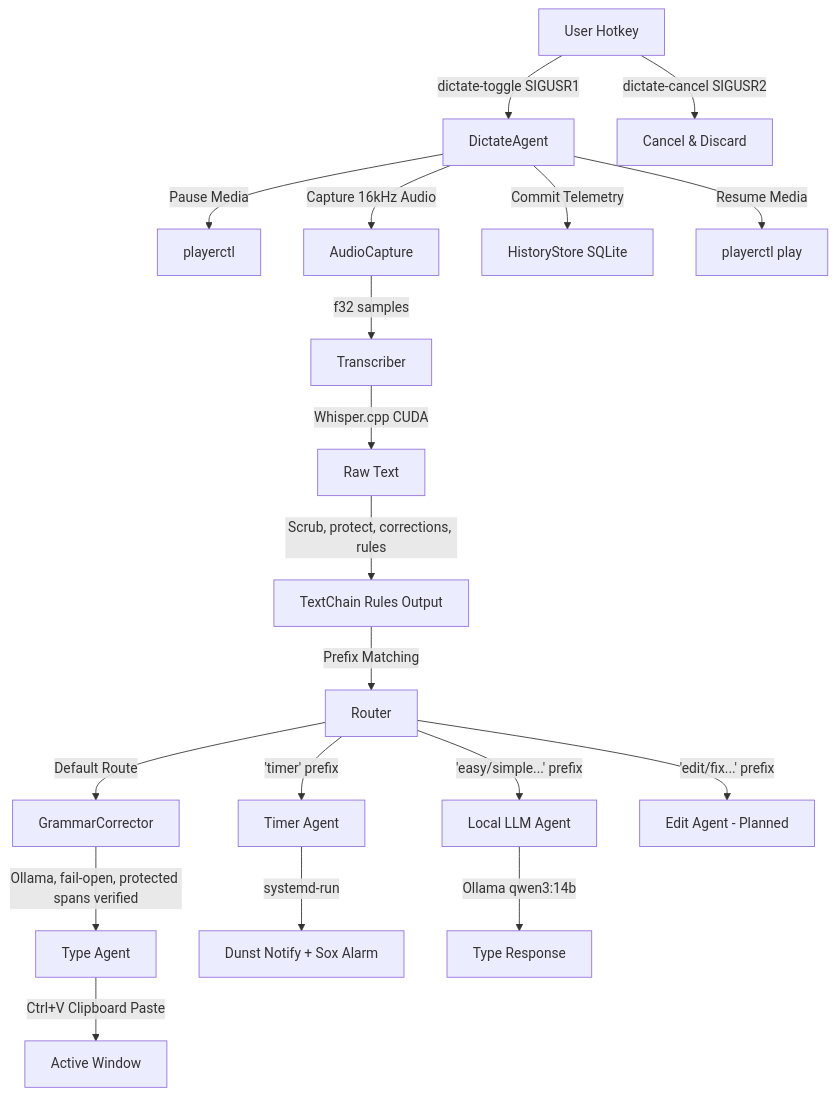
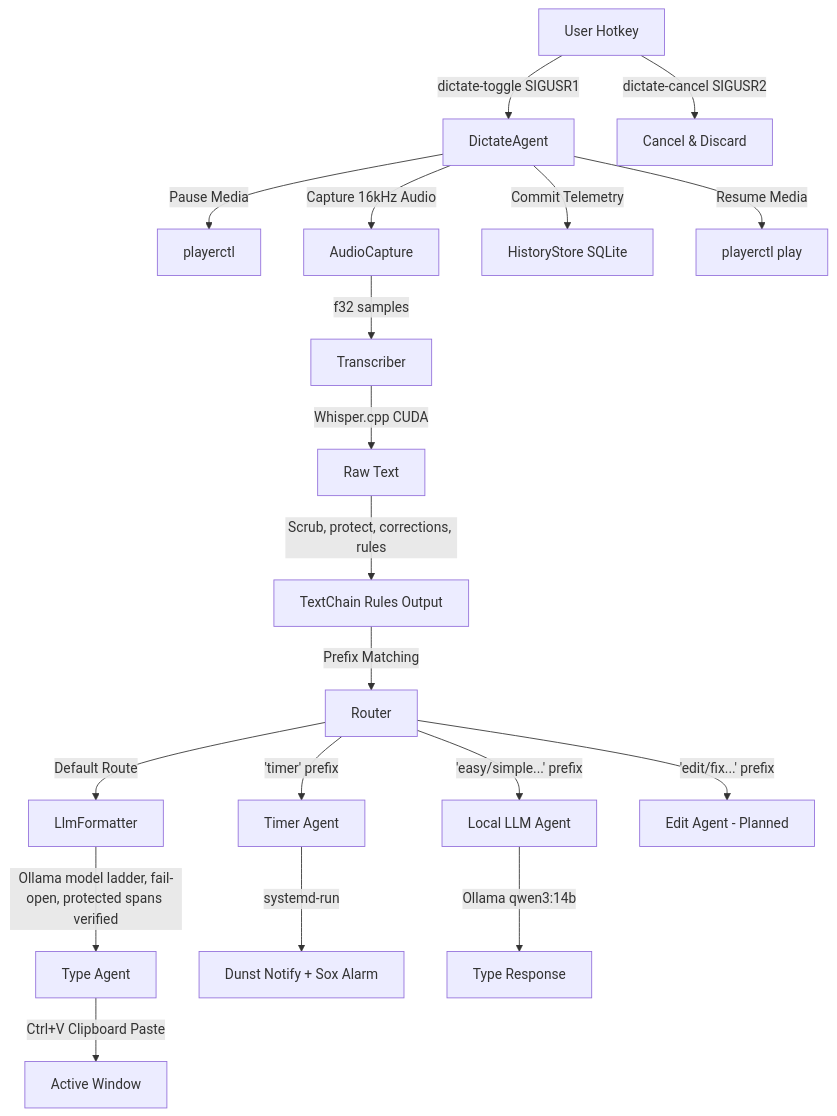
One commit to jakedevar/dictate-agent changed the diagram in AGENTS.md. Above: the diagram before and after it, drawn with Mermaid. The commit also changed other lines of this file and 2 other files, not shown here.

Commit message:
docs: describe the S21 LLM formatting pass in place of GrammarCorrector

````diff
--- a/AGENTS.md
+++ b/AGENTS.md
@@ -13,26 +13,26 @@
 ```mermaid
 graph TD
     A[User Hotkey] -->|dictate-toggle SIGUSR1| B[DictateAgent]
     B -->|Pause Media| C[playerctl]
     B -->|Capture 16kHz Audio| D[AudioCapture]
     A -->|dictate-cancel SIGUSR2| E[Cancel & Discard]
     
     D -->|f32 samples| F[Transcriber]
     F -->|Whisper.cpp CUDA| G[Raw Text]
     G -->|Scrub, protect, corrections, rules| H[TextChain Rules Output]
     
     H -->|Prefix Matching| K[Router]
     
-    K -->|Default Route| I[GrammarCorrector]
-    I -->|Ollama, fail-open, protected spans verified| L[Type Agent]
+    K -->|Default Route| I[LlmFormatter]
+    I -->|Ollama model ladder, fail-open, protected spans verified| L[Type Agent]
     K -->|'timer' prefix| M[Timer Agent]
     K -->|'easy/simple...' prefix| N[Local LLM Agent]
     K -->|'edit/fix...' prefix| O[Edit Agent - Planned]
     
     L -->|Ctrl+V Clipboard Paste| P[Active Window]
     M -->|systemd-run| Q[Dunst Notify + Sox Alarm]
     N -->|Ollama qwen3:14b| R[Type Response]
     
     B -->|Commit Telemetry| S[HistoryStore SQLite]
     B -->|Resume Media| T[playerctl play]
 ```
````
